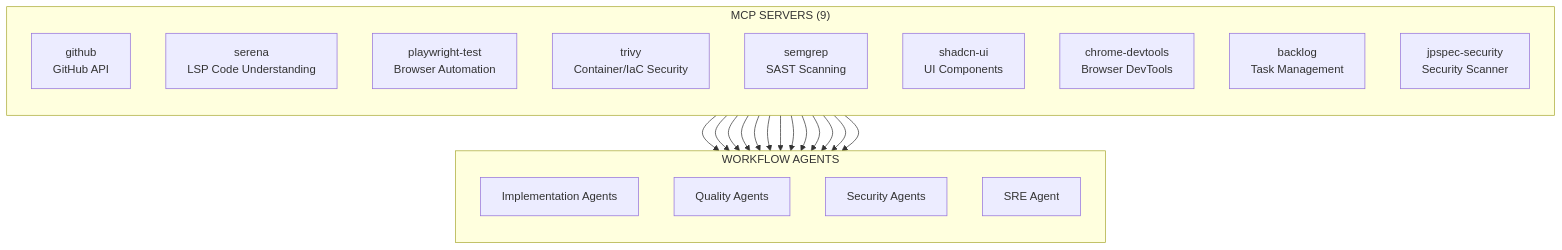
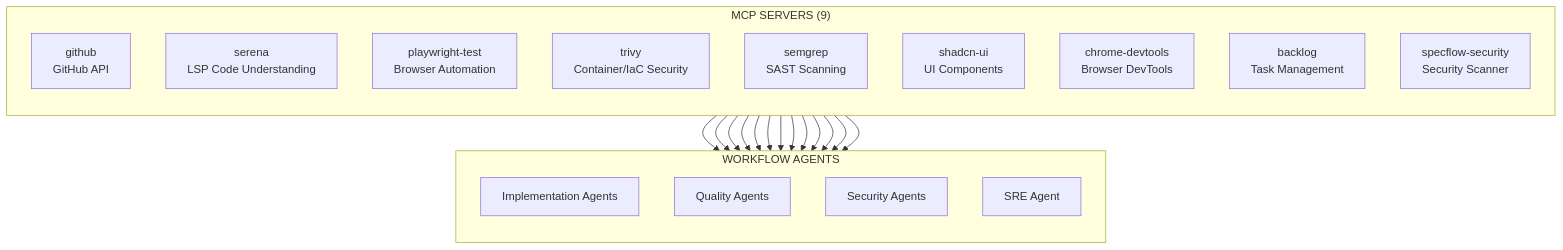
One commit to jpoley/jp-spec-kit changed the third of 5 diagrams in docs/reference/agent-architecture-diagrams.md. Above: the diagram before and after it, drawn with Mermaid. The commit also changed other lines of this file and 514 other files, not shown here.

First line of the commit message:
feat!: rename /jpspec commands to /specflow with CI fixes (#719)

````diff
--- a/docs/reference/agent-architecture-diagrams.md
+++ b/docs/reference/agent-architecture-diagrams.md
@@ -266,37 +266,37 @@
 ```mermaid
 flowchart TB
     subgraph MCP["MCP SERVERS (9)"]
         direction TB
         GH[github<br/>GitHub API]
         SER[serena<br/>LSP Code Understanding]
         PW[playwright-test<br/>Browser Automation]
         TR[trivy<br/>Container/IaC Security]
         SG[semgrep<br/>SAST Scanning]
         SH[shadcn-ui<br/>UI Components]
         CD[chrome-devtools<br/>Browser DevTools]
         BL[backlog<br/>Task Management]
-        SEC[jpspec-security<br/>Security Scanner]
+        SEC[specflow-security<br/>Security Scanner]
     end
 
     subgraph AGENTS["WORKFLOW AGENTS"]
         direction TB
         IMPL[Implementation Agents]
         QA[Quality Agents]
         SECAG[Security Agents]
         SRE[SRE Agent]
     end
 
     GH --> IMPL
     GH --> SRE
     SER --> IMPL
     PW --> QA
     PW --> SECAG
     TR --> SECAG
     TR --> SRE
     SG --> SECAG
     SH --> IMPL
     CD --> QA
     BL --> IMPL
     BL --> QA
     SEC --> SECAG
 ```
````
